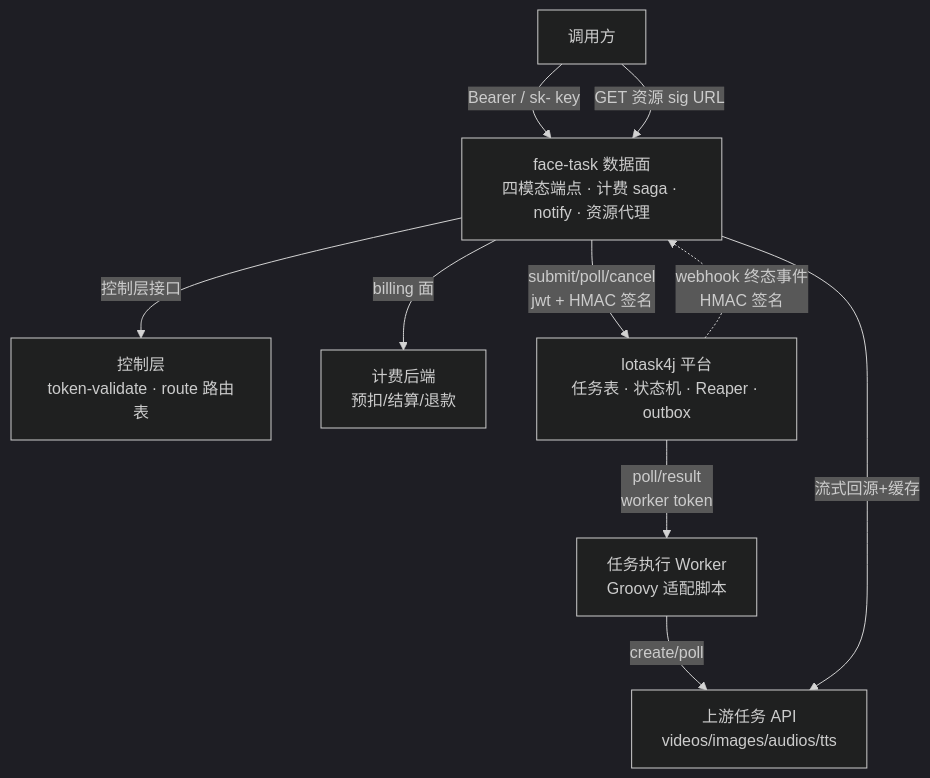
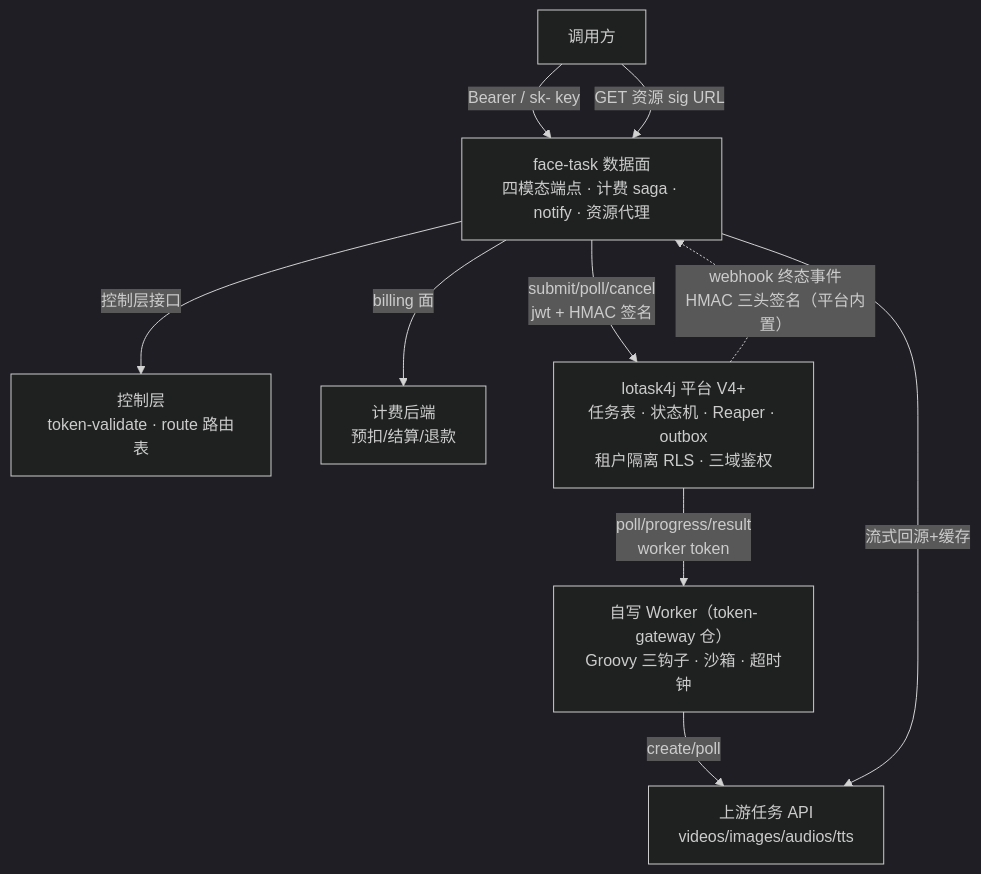
One commit to funcommons/token-gateway changed the diagram in docs/开发文档/05_任务面lotask4j托管方案.md. Above: the diagram before and after it, drawn with Mermaid (dark theme). The commit also changed other lines of this file and 8 other files, not shown here.

First line of the commit message:
docs: 05 托管方案 V1.1 (lotask4j V4 升级 + 零改造路径 + 脚本放 gateway) + 新增 06 face-task 开发手册

````diff
--- a/docs/开发文档/05_任务面lotask4j托管方案.md
+++ b/docs/开发文档/05_任务面lotask4j托管方案.md
@@ -25,12 +27,12 @@
 ```mermaid
 graph TB
     C[调用方] -->|Bearer / sk- key| GW[face-task 数据面<br/>四模态端点 · 计费 saga · notify · 资源代理]
     GW -->|控制层接口| CP[控制层<br/>token-validate · route 路由表]
     GW -->|billing 面| BIL[计费后端<br/>预扣/结算/退款]
-    GW -->|submit/poll/cancel<br/>jwt + HMAC 签名| LT[lotask4j 平台<br/>任务表 · 状态机 · Reaper · outbox]
-    LT -->|poll/result<br/>worker token| W[任务执行 Worker<br/>Groovy 适配脚本]
+    GW -->|submit/poll/cancel<br/>jwt + HMAC 签名| LT[lotask4j 平台 V4+<br/>任务表 · 状态机 · Reaper · outbox<br/>租户隔离 RLS · 三域鉴权]
+    LT -->|poll/progress/result<br/>worker token| W[自写 Worker（token-gateway 仓）<br/>Groovy 三钩子 · 沙箱 · 超时钟]
     W -->|create/poll| UP[上游任务 API<br/>videos/images/audios/tts]
-    LT -.->|webhook 终态事件<br/>HMAC 签名| GW
+    LT -.->|webhook 终态事件<br/>HMAC 三头签名（平台内置）| GW
     C -->|GET 资源 sig URL| GW
     GW -->|流式回源+缓存| UP
 ```
````
